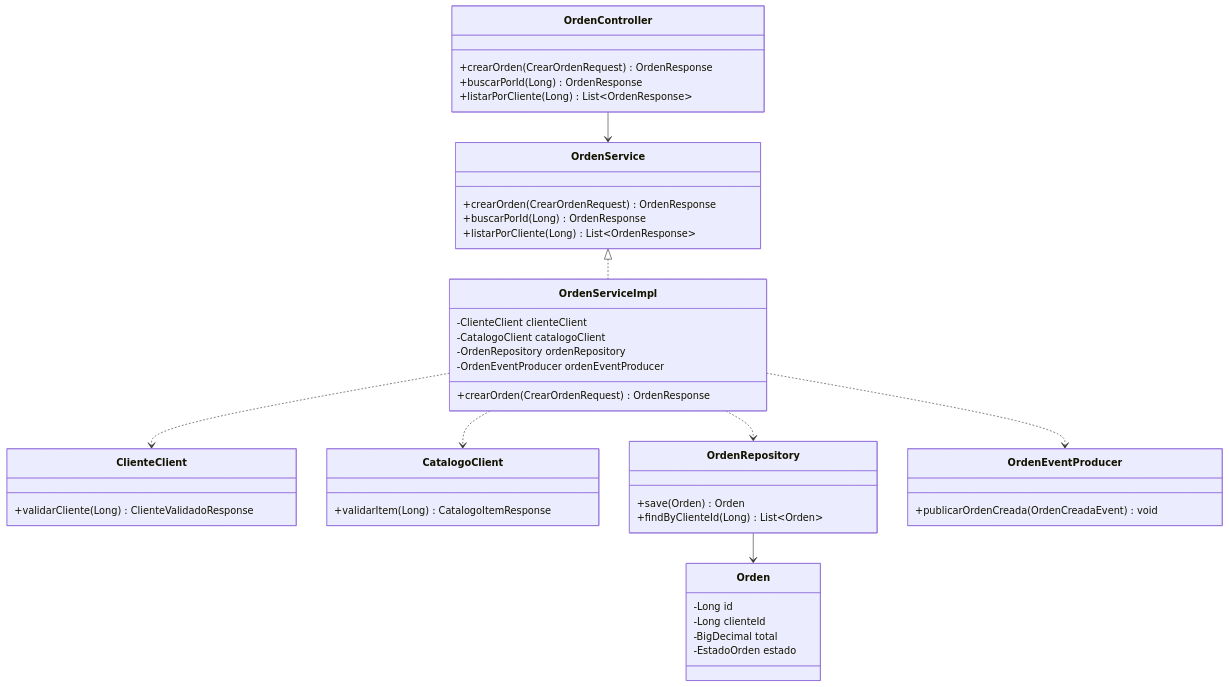
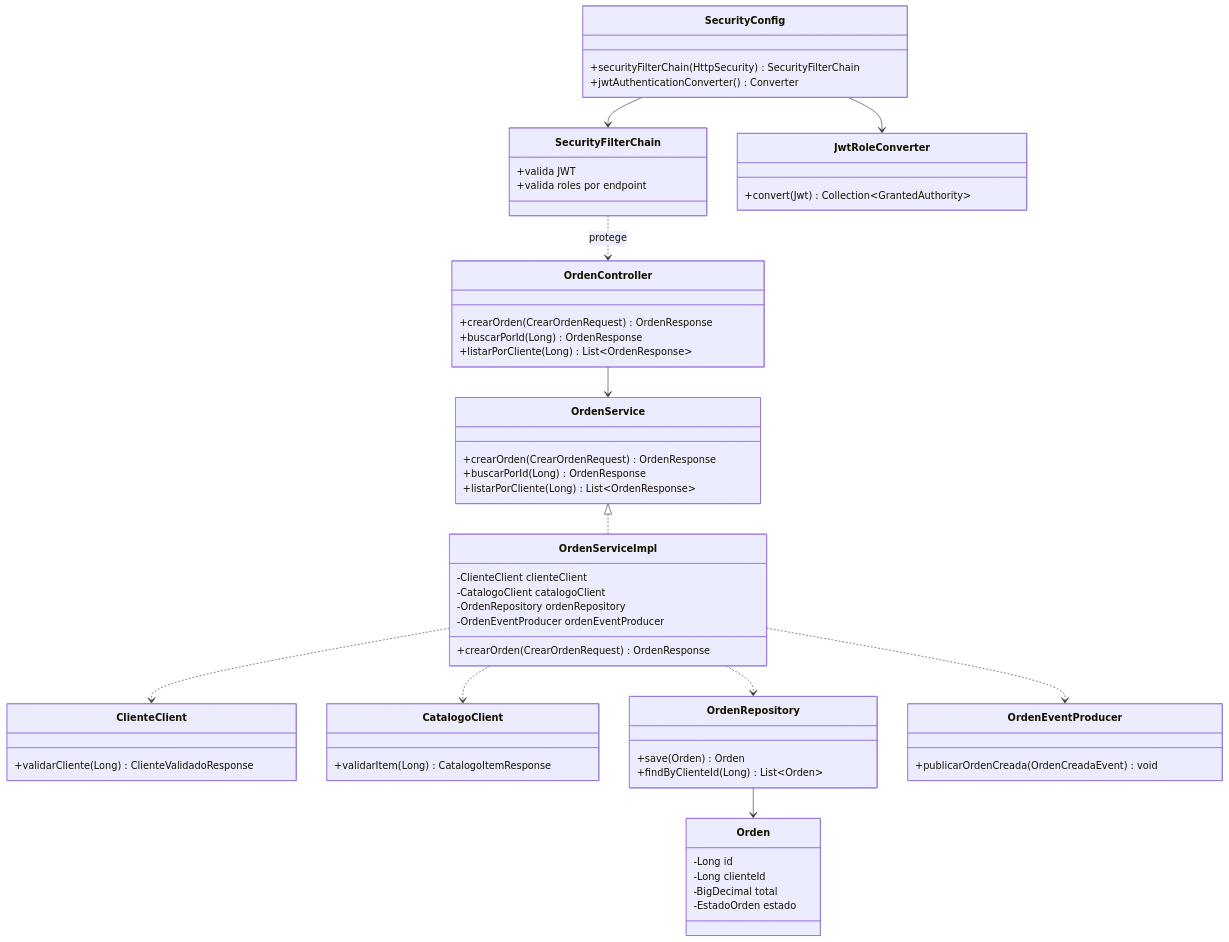
The seventh of 10 diagrams in README.md (262dist/pagatu), drawn with Mermaid before and after one commit. The commit also changed other lines of this file, not shown here.

````diff
--- a/README.md
+++ b/README.md
@@ -266,54 +283,71 @@
 ```mermaid
 classDiagram
+    class SecurityConfig {
+        +securityFilterChain(HttpSecurity) SecurityFilterChain
+        +jwtAuthenticationConverter() Converter
+    }
+
+    class SecurityFilterChain {
+        +valida JWT
+        +valida roles por endpoint
+    }
+
+    class JwtRoleConverter {
+        +convert(Jwt) Collection~GrantedAuthority~
+    }
+
     class OrdenController {
         +crearOrden(CrearOrdenRequest) OrdenResponse
         +buscarPorId(Long) OrdenResponse
         +listarPorCliente(Long) List~OrdenResponse~
     }
 
     class OrdenService {
         +crearOrden(CrearOrdenRequest) OrdenResponse
         +buscarPorId(Long) OrdenResponse
         +listarPorCliente(Long) List~OrdenResponse~
     }
 
     class OrdenServiceImpl {
         -ClienteClient clienteClient
         -CatalogoClient catalogoClient
         -OrdenRepository ordenRepository
         -OrdenEventProducer ordenEventProducer
         +crearOrden(CrearOrdenRequest) OrdenResponse
     }
 
     class ClienteClient {
         +validarCliente(Long) ClienteValidadoResponse
     }
 
     class CatalogoClient {
         +validarItem(Long) CatalogoItemResponse
     }
 
     class OrdenRepository {
         +save(Orden) Orden
         +findByClienteId(Long) List~Orden~
     }
 
     class OrdenEventProducer {
         +publicarOrdenCreada(OrdenCreadaEvent) void
     }
 
     class Orden {
         -Long id
         -Long clienteId
         -BigDecimal total
         -EstadoOrden estado
     }
 
+    SecurityConfig --> SecurityFilterChain
+    SecurityConfig --> JwtRoleConverter
+    SecurityFilterChain ..> OrdenController : protege
     OrdenController --> OrdenService
     OrdenService <|.. OrdenServiceImpl
     OrdenServiceImpl ..> ClienteClient
     OrdenServiceImpl ..> CatalogoClient
     OrdenServiceImpl ..> OrdenRepository
     OrdenServiceImpl ..> OrdenEventProducer
     OrdenRepository --> Orden
 ```
````
